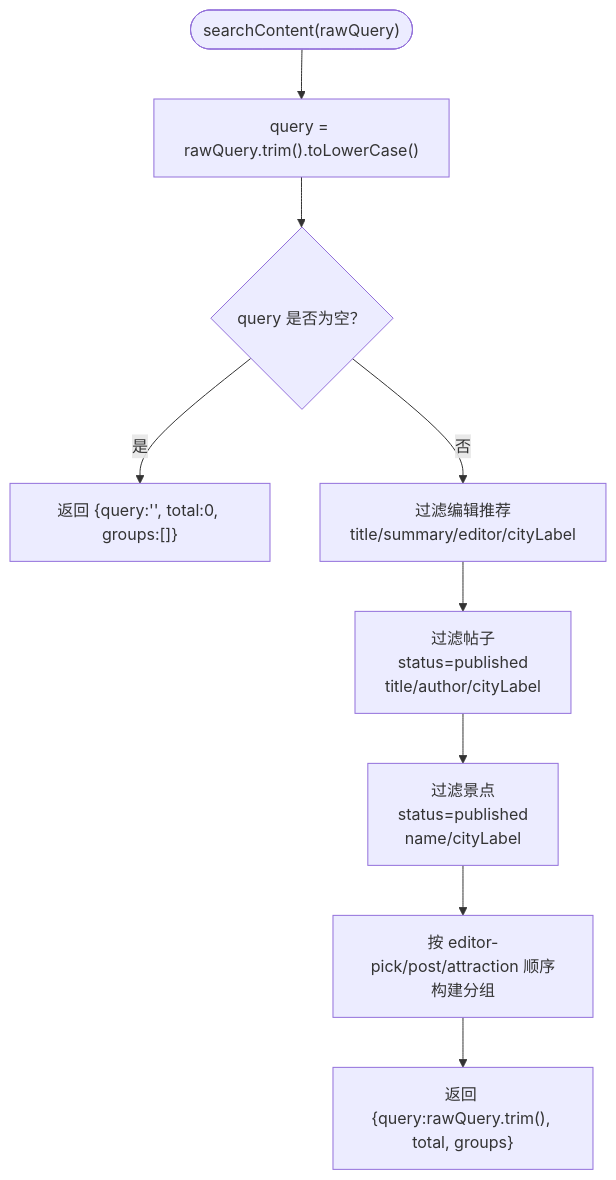
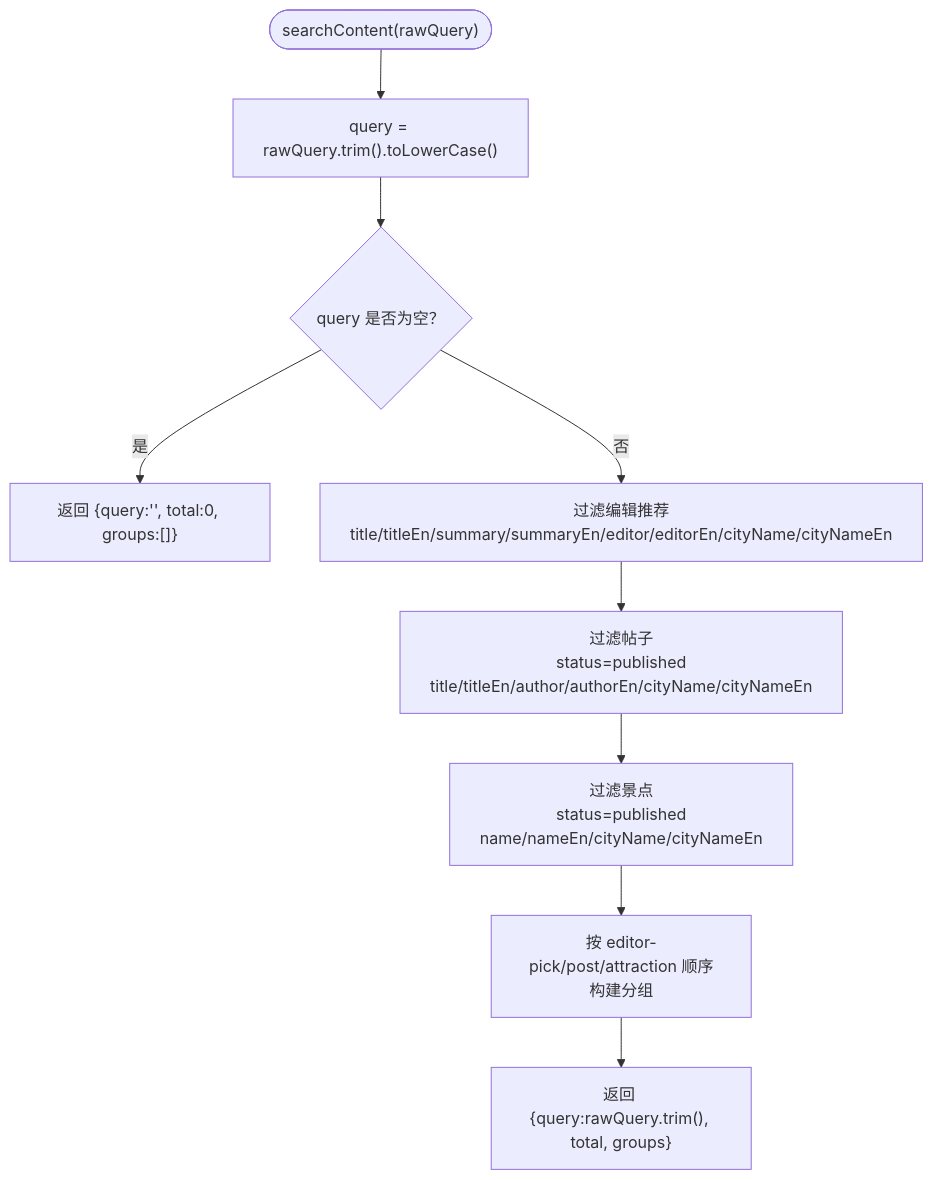
Before and after one commit to luyitiger6/my-first-project: the fourth of 7 diagrams in .qoder/repowiki/zh/content/规格驱动开发/WanderChain 首页规格文档/WanderChain 搜索页面规格.md, drawn with Mermaid. The commit also changed other lines of this file and 33 other files, not shown here.

````diff
--- a/.qoder/repowiki/zh/content/规格驱动开发/WanderChain 首页规格文档/WanderChain 搜索页面规格.md
+++ b/.qoder/repowiki/zh/content/规格驱动开发/WanderChain 首页规格文档/WanderChain 搜索页面规格.md
@@ -161,11 +170,11 @@
 ```mermaid
 flowchart TD
 Entry(["searchContent(rawQuery)"]) --> Normalize["query = rawQuery.trim().toLowerCase()"]
 Normalize --> EmptyCheck{"query 是否为空？"}
 EmptyCheck --> |是| ReturnEmpty["返回 {query:'', total:0, groups:[]}"]
-EmptyCheck --> |否| FilterEditor["过滤编辑推荐<br/>title/summary/editor/cityLabel"]
-FilterEditor --> FilterPost["过滤帖子<br/>status=published<br/>title/author/cityLabel"]
-FilterPost --> FilterAttraction["过滤景点<br/>status=published<br/>name/cityLabel"]
+EmptyCheck --> |否| FilterEditor["过滤编辑推荐<br/>title/titleEn/summary/summaryEn/editor/editorEn/cityName/cityNameEn"]
+FilterEditor --> FilterPost["过滤帖子<br/>status=published<br/>title/titleEn/author/authorEn/cityName/cityNameEn"]
+FilterPost --> FilterAttraction["过滤景点<br/>status=published<br/>name/nameEn/cityName/cityNameEn"]
 FilterAttraction --> BuildGroups["按 editor-pick/post/attraction 顺序构建分组"]
 BuildGroups --> ReturnOutcome["返回 {query:rawQuery.trim(), total, groups}"]
 ```
````
